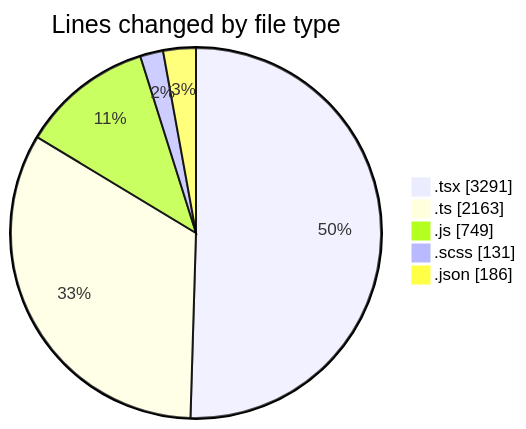
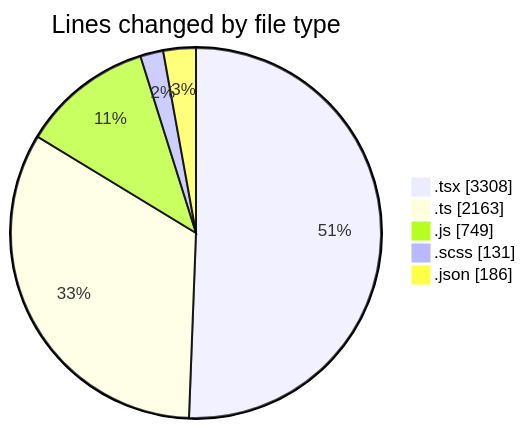
The first of 2 diagrams in 2026-06-11/cda/README.md (momahboobian/code-tracking), drawn with Mermaid before and after one commit. The commit also changed other lines of this file and 1 other file, not shown here.

````diff
--- a/2026-06-11/cda/README.md
+++ b/2026-06-11/cda/README.md
@@ -58,9 +58,9 @@
 ```mermaid
 pie showData
 title Lines changed by file type
-".tsx" : 3291
+".tsx" : 3308
 ".ts" : 2163
 ".js" : 749
 ".scss" : 131
 ".json" : 186
 ```
````
